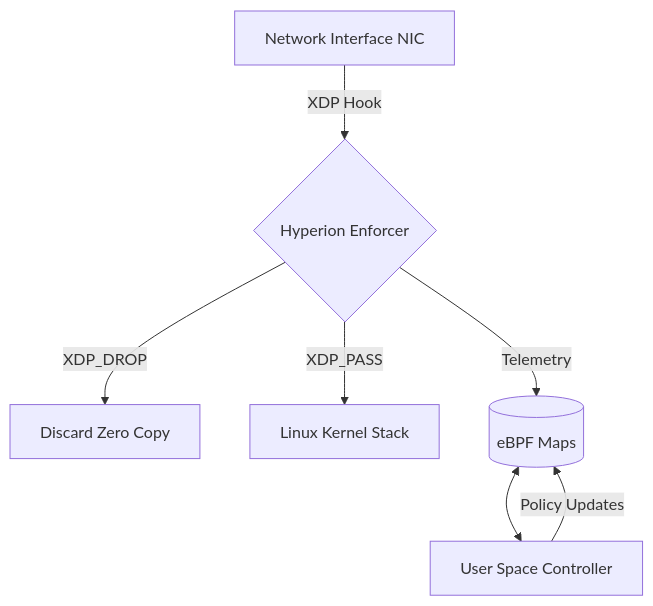
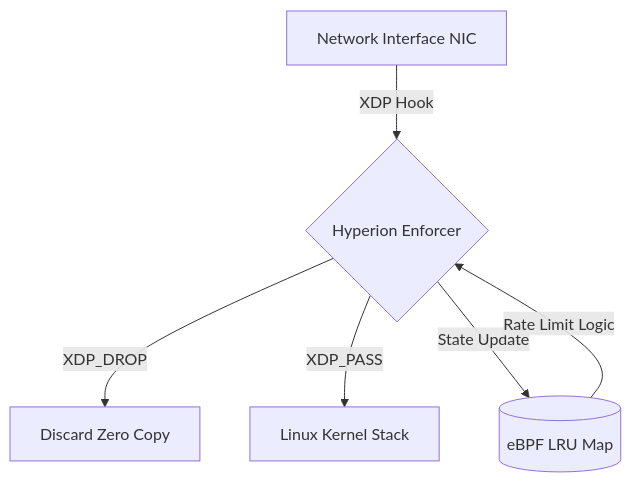
The diagram in README.md (nevinshine/hyperion-xdp), drawn with Mermaid before and after one commit. The commit also changed other lines of this file, not shown here.

````diff
--- a/README.md
+++ b/README.md
@@ -40,10 +40,9 @@
 ```mermaid
 graph TD
     A[Network Interface NIC] -->|XDP Hook| B{Hyperion Enforcer}
     B -- XDP_DROP --> C[Discard Zero Copy]
     B -- XDP_PASS --> D[Linux Kernel Stack]
-    B -- Telemetry --> E[(eBPF Maps)]
-    E <--> F[User Space Controller]
-    F -->|Policy Updates| E
+    B -- State Update --> E[(eBPF LRU Map)]
+    E -->|Rate Limit Logic| B
 
 ```
````
